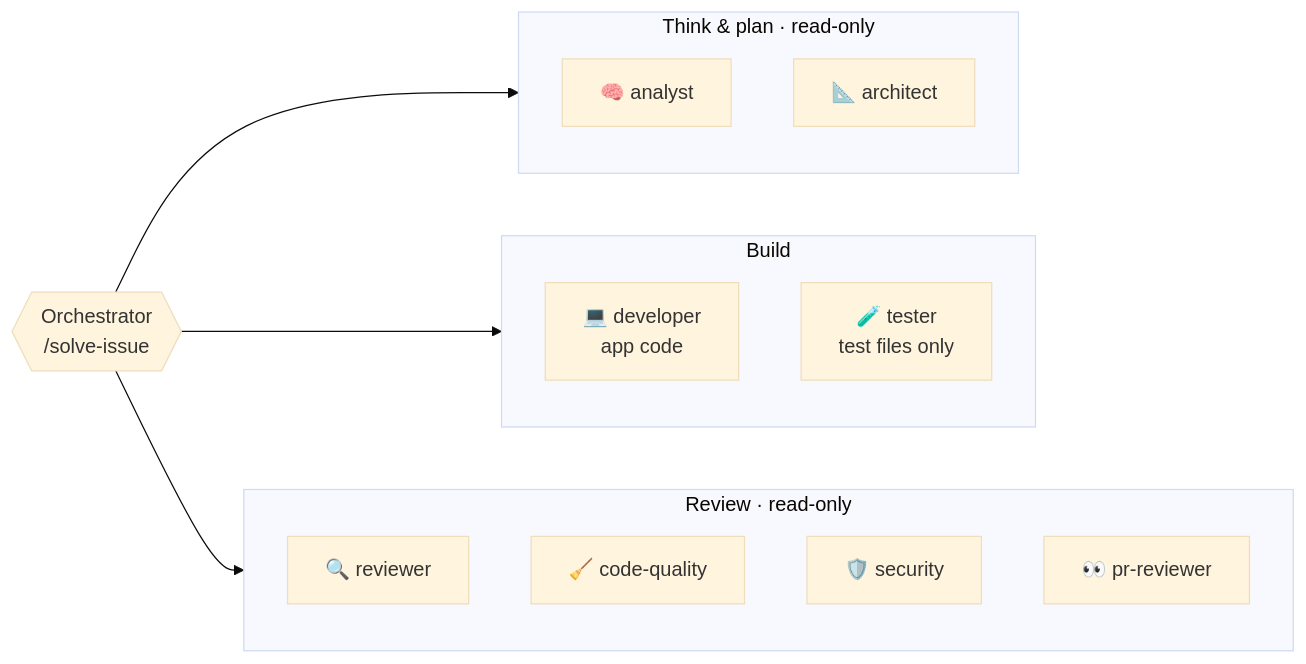
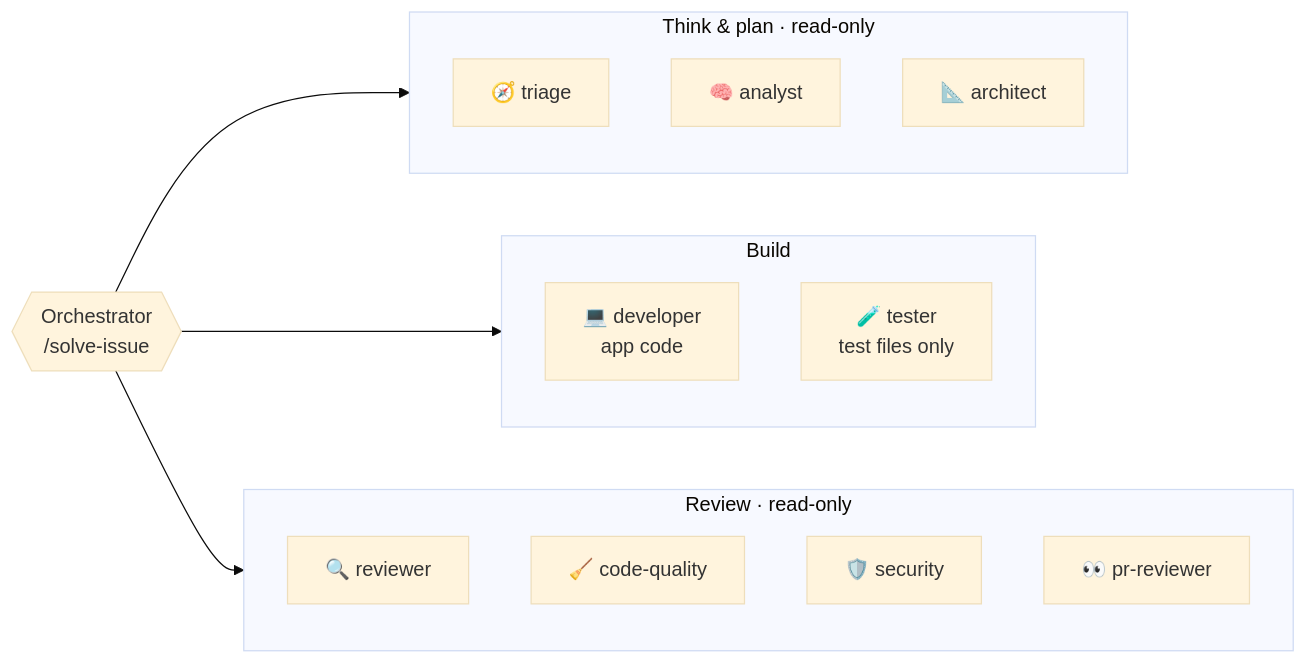
Before and after one commit to meetmehtatb/ai-dev-team: the fifth of 8 diagrams in README.md, drawn with Mermaid (base theme). The commit also changed other lines of this file and 16 other files, not shown here.

````diff
--- a/README.md
+++ b/README.md
@@ -184,20 +234,21 @@
 ```mermaid
 flowchart LR
     subgraph THINK [Think & plan · read-only]
+      triage[🧭 triage]
       analyst[🧠 analyst]
       architect[📐 architect]
     end
     subgraph BUILD [Build]
       developer[💻 developer<br/>app code]
       tester[🧪 tester<br/>test files only]
     end
     subgraph REVIEW [Review · read-only]
       reviewer[🔍 reviewer]
       quality[🧹 code-quality]
       security[🛡️ security]
       prrev[👀 pr-reviewer]
     end
     O{{Orchestrator<br/>/solve-issue}} --> THINK
     O --> BUILD
     O --> REVIEW
 ```
````
